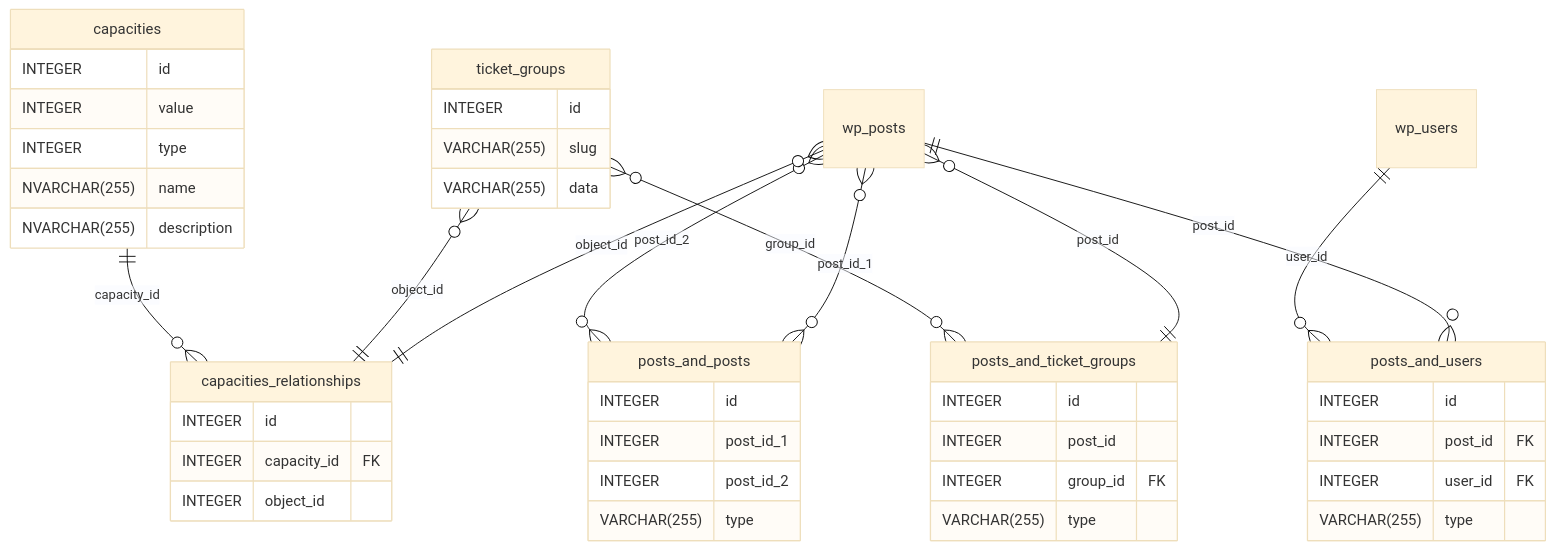
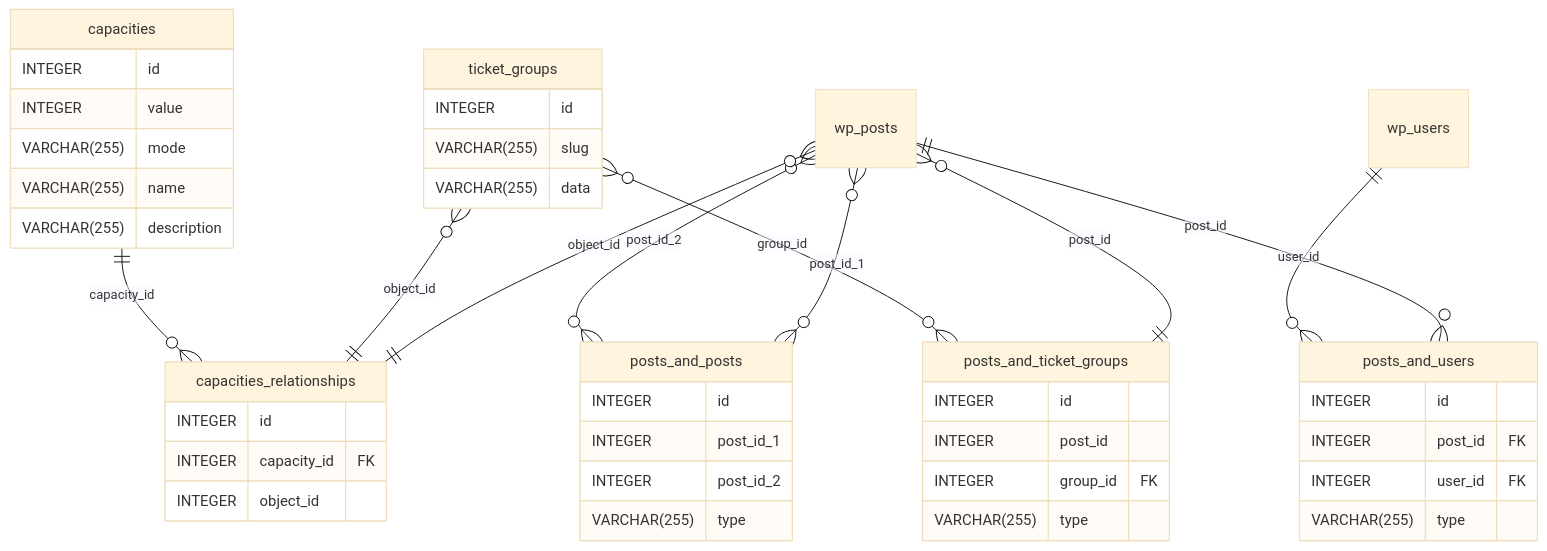
Before and after one commit to the-events-calendar/event-tickets: the diagram in src/Tickets/Flexible_Tickets/_docs/custom-tables-structure.md, drawn with Mermaid (base theme). The commit also changed other lines of this file and 6 other files, not shown here.

````diff
--- a/src/Tickets/Flexible_Tickets/_docs/custom-tables-structure.md
+++ b/src/Tickets/Flexible_Tickets/_docs/custom-tables-structure.md
@@ -12,53 +12,53 @@
 ```mermaid
 erDiagram
 	capacities {
 		INTEGER id
 		INTEGER value
-		INTEGER type
-		NVARCHAR(255) name
-		NVARCHAR(255) description
+		VARCHAR(255) mode
+		VARCHAR(255) name
+		VARCHAR(255) description
 	}
 
 	capacities_relationships {
 		INTEGER id
 		INTEGER capacity_id FK
 		INTEGER object_id
 	}
 
 	posts_and_posts {
 		INTEGER id
 		INTEGER post_id_1
 		INTEGER post_id_2
 		VARCHAR(255) type
 	}
 
 	posts_and_users {
 		INTEGER id
 		INTEGER post_id FK
 		INTEGER user_id FK
 		VARCHAR(255) type
 	}
 
 	ticket_groups {
 		INTEGER id
 		VARCHAR(255) slug
 		VARCHAR(255) data
 	}
 
 	posts_and_ticket_groups {
 		INTEGER id
 		INTEGER post_id
 		INTEGER group_id FK
 		VARCHAR(255) type
 	}
 
 	wp_posts many to many posts_and_posts: "post_id_1"
 	wp_posts many to many posts_and_posts: "post_id_2"
 	wp_posts many to one capacities_relationships: "object_id"
 	ticket_groups many to one capacities_relationships: "object_id"
 	capacities one to many capacities_relationships: "capacity_id"
 	wp_posts one to many posts_and_users: "post_id"
 	wp_users one to many posts_and_users: "user_id"
 	wp_posts many to one posts_and_ticket_groups: "post_id"
 	ticket_groups many to many posts_and_ticket_groups: "group_id"
 ```
````
